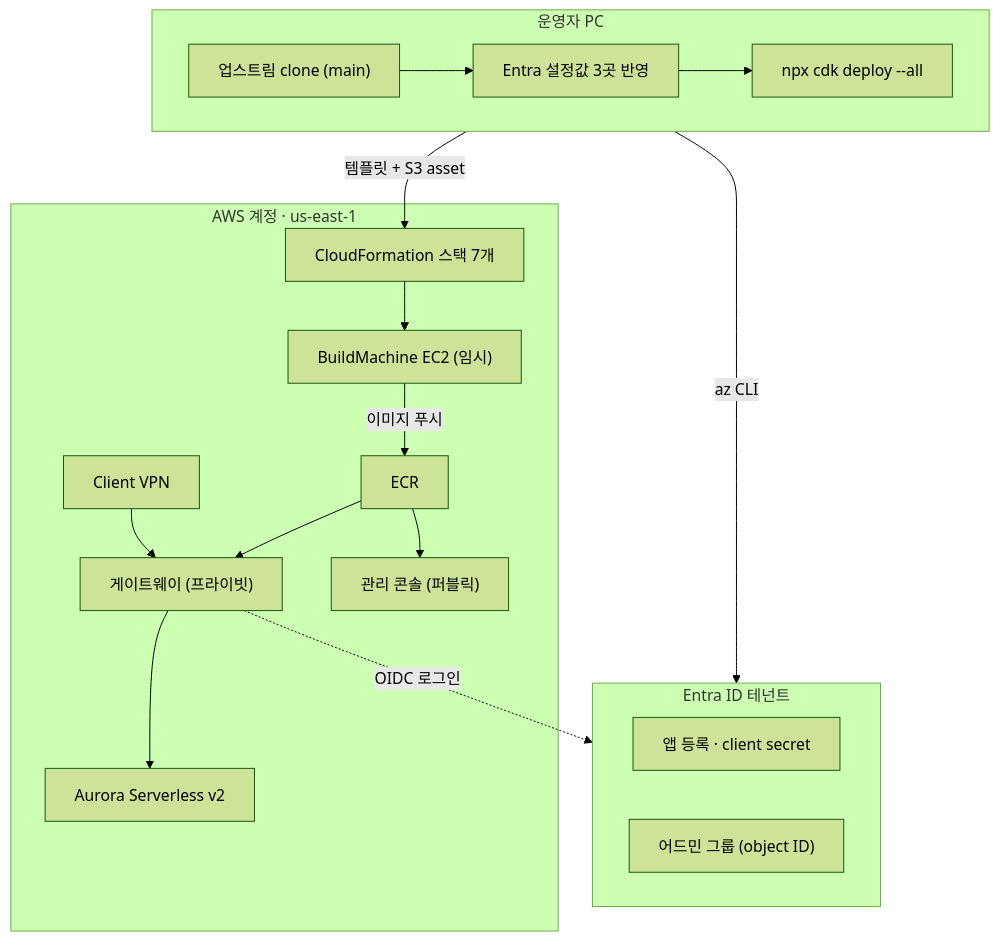
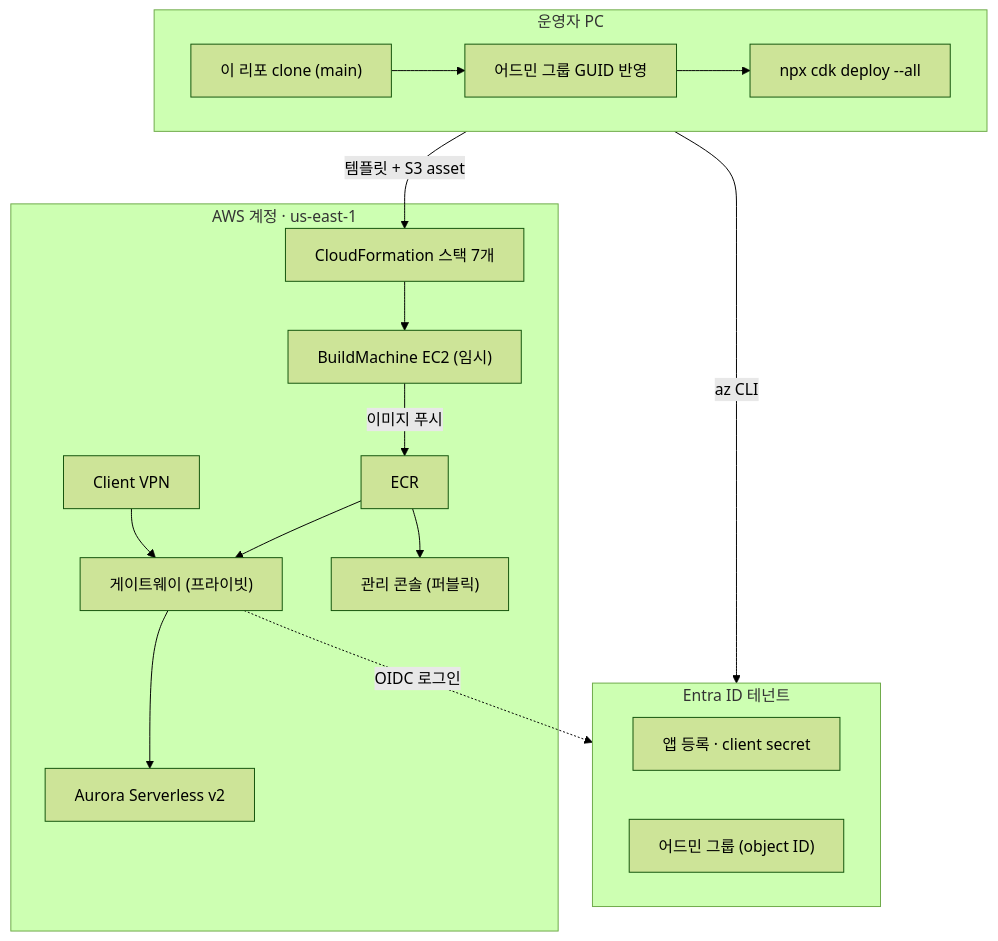
One commit to ETS-DatadogSA/claude-apps-gateway-ets-guide changed the diagram in README.md. Above: the diagram before and after it, drawn with Mermaid (forest theme). The commit also changed other lines of this file and 8 other files, not shown here.

````diff
--- a/README.md
+++ b/README.md
@@ -31,23 +31,23 @@
 ```mermaid
 flowchart TB
   subgraph PC["운영자 PC"]
     direction LR
-    clone["업스트림 clone (main)"] --> cfg["Entra 설정값 3곳 반영"] --> deploy["npx cdk deploy --all"]
+    clone["이 리포 clone (main)"] --> cfg["어드민 그룹 GUID 반영"] --> deploy["npx cdk deploy --all"]
   end
   subgraph ENTRA["Entra ID 테넌트"]
     direction LR
     app["앱 등록 · client secret"]
     grp["어드민 그룹 (object ID)"]
   end
   subgraph AWS["AWS 계정 · us-east-1"]
     cfn["CloudFormation 스택 7개"] --> bm["BuildMachine EC2 (임시)"]
     bm -->|이미지 푸시| ecr["ECR"]
     ecr --> gw["게이트웨이 (프라이빗)"]
     ecr --> console["관리 콘솔 (퍼블릭)"]
     vpn["Client VPN"] --> gw
     gw --> db["Aurora Serverless v2"]
   end
   PC -->|az CLI| ENTRA
   deploy -->|템플릿 + S3 asset| cfn
   gw -.->|OIDC 로그인| app
 ```
````
